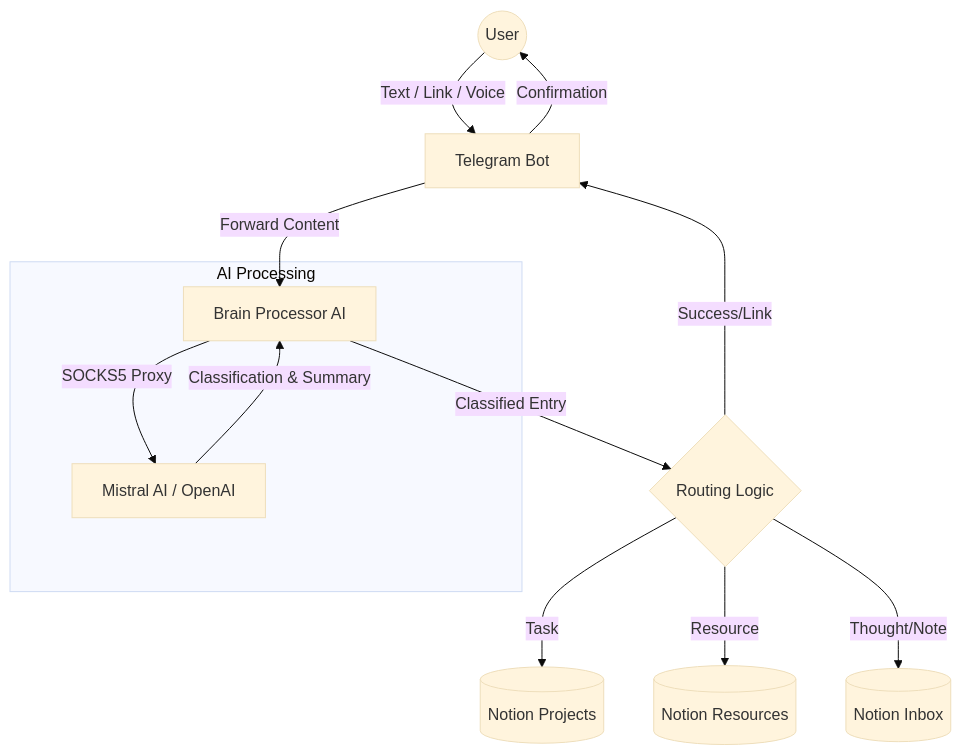
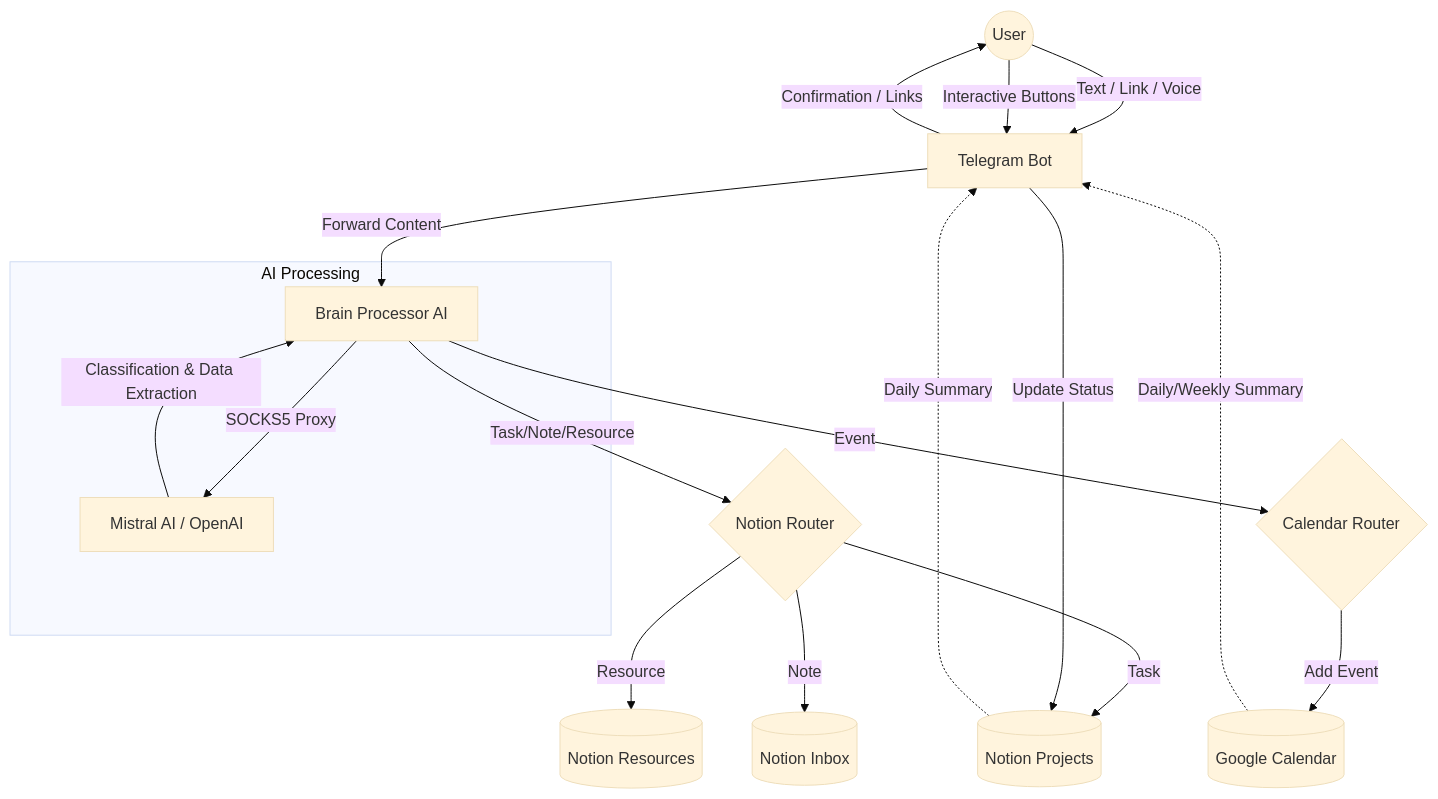
The diagram in README.md (vsanyanov-ux/Second-Brain), drawn with Mermaid (base theme) before and after one commit. The commit also changed other lines of this file and 12 other files, not shown here.

Commit message:
Final version: Add Google Calendar integration, Weekly Schedule command, and interactive 'Done' buttons. Update README with system architecture diagram.

````diff
--- a/README.md
+++ b/README.md
@@ -7,19 +7,26 @@
 ```mermaid
 graph TD
     User((User)) -->|Text / Link / Voice| TG[Telegram Bot]
     TG -->|Forward Content| Processor[Brain Processor AI]
     
     subgraph AI Processing
-        Processor -->|SOCKS5 Proxy| Mistral[Mistral AI / OpenAI]
-        Mistral -->|Classification & Summary| Processor
+        Processor -->|SOCKS5 Proxy| LLM[Mistral AI / OpenAI]
+        LLM -->|Classification & Data Extraction| Processor
     end
 
-    Processor -->|Classified Entry| Router{Routing Logic}
+    Processor -->|Task/Note/Resource| NotionRouter{Notion Router}
+    Processor -->|Event| CalendarRouter{Calendar Router}
     
-    Router -->|Task| Projects[(Notion Projects)]
-    Router -->|Resource| Resources[(Notion Resources)]
-    Router -->|Thought/Note| Inbox[(Notion Inbox)]
-
-    Router -->|Success/Link| TG
-    TG -->|Confirmation| User
+    NotionRouter -->|Task| Projects[(Notion Projects)]
+    NotionRouter -->|Resource| Resources[(Notion Resources)]
+    NotionRouter -->|Note| Inbox[(Notion Inbox)]
+    
+    CalendarRouter -->|Add Event| GCal[(Google Calendar)]
+    
+    GCal -.->|Daily/Weekly Summary| TG
+    Projects -.->|Daily Summary| TG
+    
+    TG -->|Confirmation / Links| User
+    User -->|Interactive Buttons| TG
+    TG -->|Update Status| Projects
 ```
````
